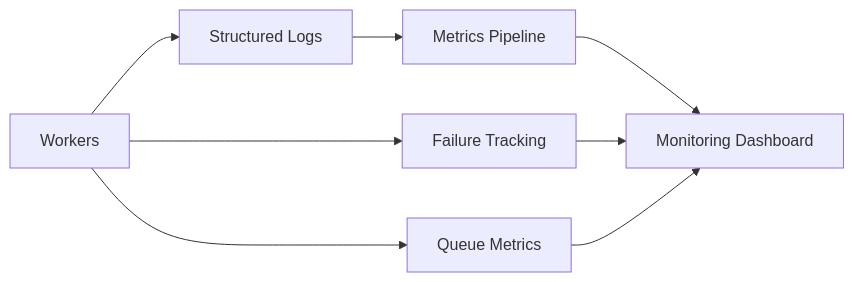
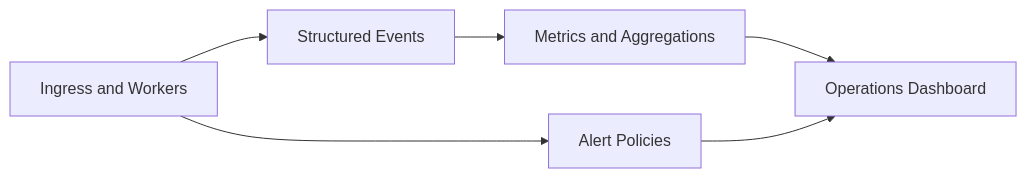
The diagram in architecture/observability.md (Ahsankhalid618/ai-automation-system-design), drawn with Mermaid before and after one commit. The commit also changed other lines of this file and 15 other files, not shown here.

````diff
--- a/architecture/observability.md
+++ b/architecture/observability.md
@@ -22,17 +24,8 @@
 ```mermaid
 flowchart LR
-
-A[Workers] --> B[Structured Logs]
-
-B --> C[Metrics Pipeline]
-
-C --> D[Monitoring Dashboard]
-
-A --> E[Failure Tracking]
-
-E --> D
-
-A --> F[Queue Metrics]
-
-F --> D
+  A[Ingress and Workers] --> B[Structured Events]
+  B --> C[Metrics and Aggregations]
+  C --> D[Operations Dashboard]
+  A --> E[Alert Policies]
+  E --> D
 ```
````
